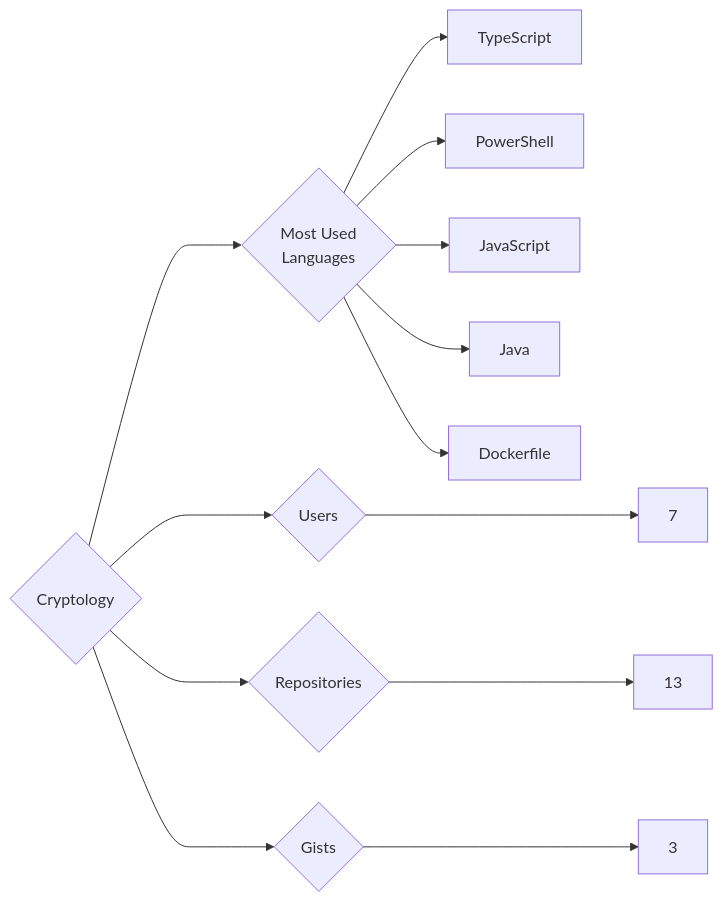
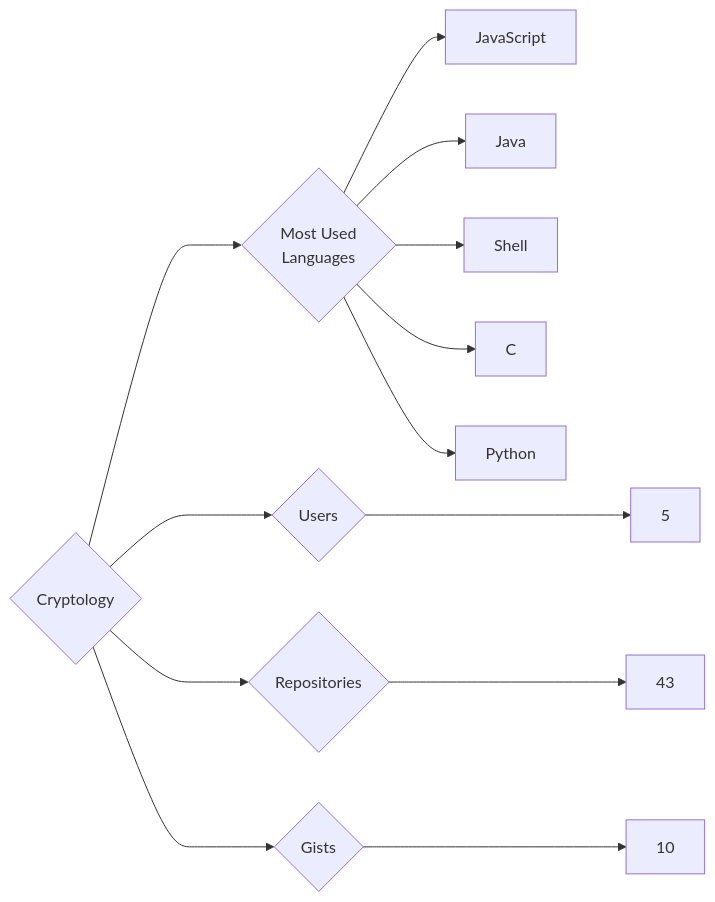
One commit to trickest/insiders changed the diagram in targets/Cryptology/README.md. Above: the diagram before and after it, drawn with Mermaid. The commit also changed 1020 other files, not shown here.

````diff
--- a/targets/Cryptology/README.md
+++ b/targets/Cryptology/README.md
@@ -3,13 +3,13 @@
 ```mermaid
 graph LR
 COMPANY_NAME{Cryptology}
-COMPANY_NAME ---> U{Users} ---> UN[7]
-COMPANY_NAME ---> R{Repositories} ---> RN[13]
-COMPANY_NAME ---> G{Gists} ---> GN[3]
+COMPANY_NAME ---> U{Users} ---> UN[5]
+COMPANY_NAME ---> R{Repositories} ---> RN[43]
+COMPANY_NAME ---> G{Gists} ---> GN[10]
 COMPANY_NAME ---> ML{Most Used<br>Languages}
-ML --> TypeScript[TypeScript]
-ML --> PowerShell[PowerShell]
 ML --> JavaScript[JavaScript]
 ML --> Java[Java]
-ML --> Dockerfile[Dockerfile]
+ML --> Shell[Shell]
+ML --> C[C]
+ML --> Python[Python]
 ```
````
